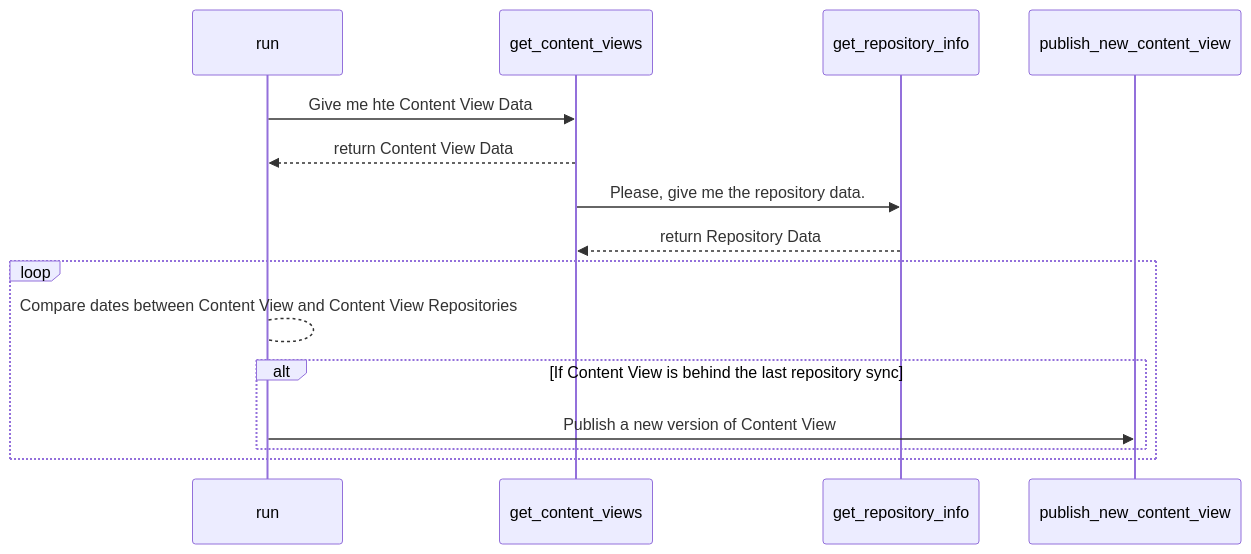
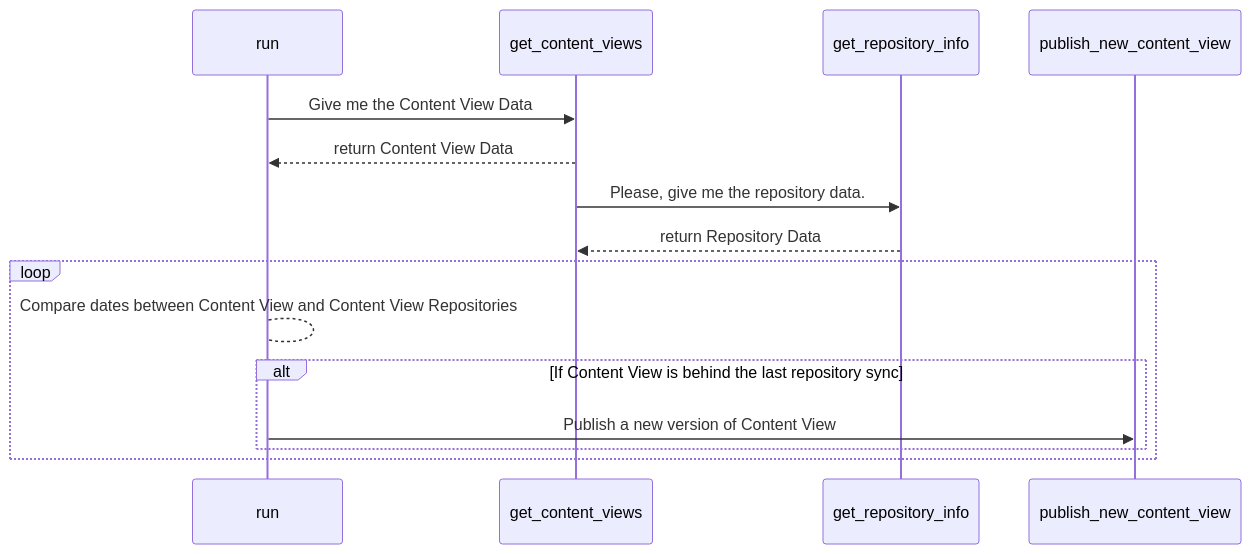
One commit to ambrisolla/katello-publish-content-view changed the diagram in README.md. Above: the diagram before and after it, drawn with Mermaid.

Commit message:
add script

````diff
--- a/README.md
+++ b/README.md
@@ -52,14 +52,14 @@
 ```mermaid
 sequenceDiagram
-    run->>get_content_views: Give me hte Content View Data
+    run->>get_content_views: Give me the Content View Data
     get_content_views-->>run: return Content View Data
     get_content_views->>get_repository_info: Please, give me the repository data.
     get_repository_info-->>get_content_views: return Repository Data
     loop
       run-->run:Compare dates between Content View and Content View Repositories
       alt If Content View is behind the last repository sync
           run->>publish_new_content_view: Publish a new version of Content View
       end
     end
     
 ```
````
